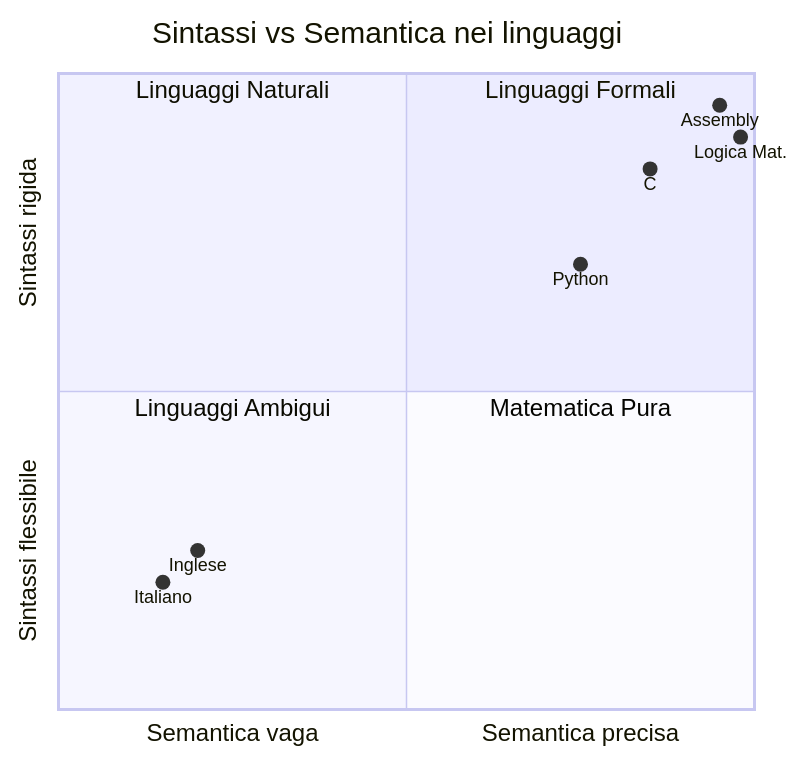
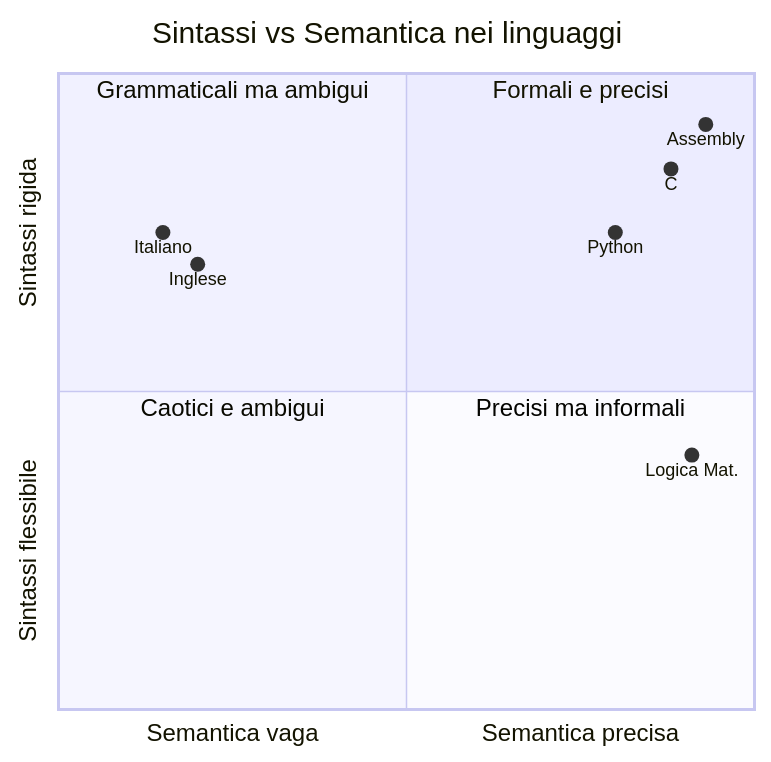
One commit to didattica/CodeCompendium changed the fourth of 10 diagrams in 3-SER/09-c.md. Above: the diagram before and after it, drawn with Mermaid. The commit also changed other lines of this file, not shown here.

First line of the commit message:
Expand Assembly section with syntax and semantics comparison

````diff
--- a/3-SER/09-c.md
+++ b/3-SER/09-c.md
@@ -170,16 +178,16 @@
 ```mermaid
 quadrantChart
     title Sintassi vs Semantica nei linguaggi
     x-axis "Semantica vaga" --> "Semantica precisa"
     y-axis "Sintassi flessibile" --> "Sintassi rigida"
-    quadrant-1 Linguaggi Formali
-    quadrant-2 Linguaggi Naturali
-    quadrant-3 Linguaggi Ambigui
-    quadrant-4 Matematica Pura
-    Italiano: [0.15, 0.2]
-    Inglese: [0.2, 0.25]
-    Python: [0.75, 0.7]
-    C: [0.85, 0.85]
-    Assembly: [0.95, 0.95]
-    Logica Mat.: [0.98, 0.9]
+    quadrant-1 Formali e precisi
+    quadrant-2 Grammaticali ma ambigui
+    quadrant-3 Caotici e ambigui
+    quadrant-4 Precisi ma informali
+    Italiano: [0.15, 0.75]
+    Inglese: [0.20, 0.70]
+    Python: [0.80, 0.75]
+    C: [0.88, 0.85]
+    Assembly: [0.93, 0.92]
+    Logica Mat.: [0.91, 0.40]
 ```
````
